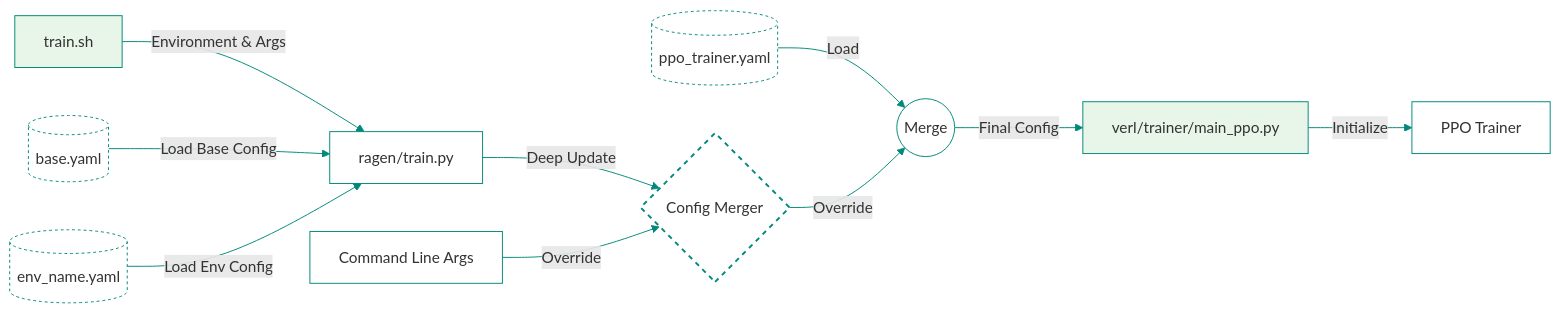
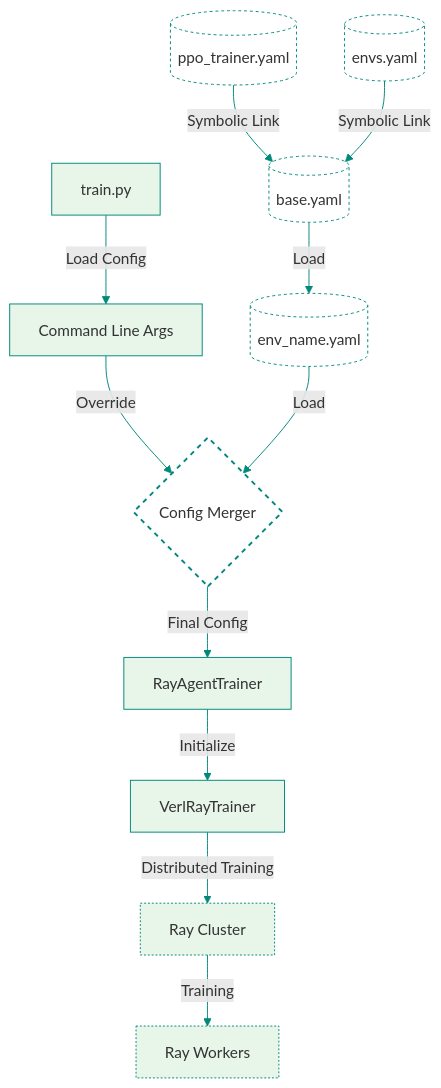
Before and after one commit to QinengWang-Aiden/RAGEN-Doc: the diagram in docs/configurations/config_flow.md, drawn with Mermaid. The commit also changed other lines of this file and 10 other files, not shown here.

````diff
--- a/docs/configurations/config_flow.md
+++ b/docs/configurations/config_flow.md
@@ -6,33 +6,36 @@
 ```mermaid
-flowchart LR
-    %% Main components
-    A[train.sh] -->|Environment & Args| C[ragen/train.py]
-    B[(base.yaml)] -->|Load Base Config| C
-    D[(env_name.yaml)] -->|Load Env Config| C
-    C -->|Deep Update| E{Config Merger}
-    F[Command Line Args] -->|Override| E
-    I[(ppo_trainer.yaml)] -->|Load| J(("Merge"))
-    E -->|Override| J
-    J -->|Final Config| G[verl/trainer/main_ppo.py]
-    G -->|Initialize| H[PPO Trainer]
+flowchart TD
+    %% Main entry point
+    A[train.py] -->|Load Config| B[Command Line Args] -->|Override| C{Config Merger}
+    
+    %% Config hierarchy
+    D[(env_name.yaml)] -->|Load| C
+    E[(base.yaml)] -->|Load| D
+    F[(ppo_trainer.yaml)] -->|Symbolic Link| E
+    G[(envs.yaml)] -->|Symbolic Link| E
+    
+    %% Training flow
+    C -->|Final Config| H[RayAgentTrainer]
+    H -->|Initialize| I[VerlRayTrainer]
+    I -->|Distributed Training| J[Ray Cluster]
+    J -->|Training| K[Ray Workers]
 
     %% Styling to match site theme
     classDef default fill:#ffffff,stroke:#00897B,stroke-width:1px
     classDef script fill:#e8f5e9,stroke:#00897B,stroke-width:1px
     classDef config fill:#ffffff,stroke:#00897B,stroke-width:1px,stroke-dasharray: 3 3
     classDef process fill:#ffffff,stroke:#00897B,stroke-width:1px
     classDef merger fill:#ffffff,stroke:#00897B,stroke-width:2px,stroke-dasharray: 5 5
     classDef trainer fill:#e8f5e9,stroke:#00897B,stroke-width:1px
-    classDef mergePoint fill:#ffffff,stroke:#00897B,stroke-width:1px
+    classDef ray fill:#e8f5e9,stroke:#00897B,stroke-width:1px,stroke-dasharray: 2 2
 
     %% Apply styles
-    class A,G script
-    class B,D,I config
-    class C process
-    class E merger
-    class F,H default
-    class J mergePoint
+    class A,B script
+    class D,E,F,G config
+    class C merger
+    class H,I trainer
+    class J,K ray
     
     %% Layout adjustments
     linkStyle default stroke:#00897B,stroke-width:1px
 ```
````
